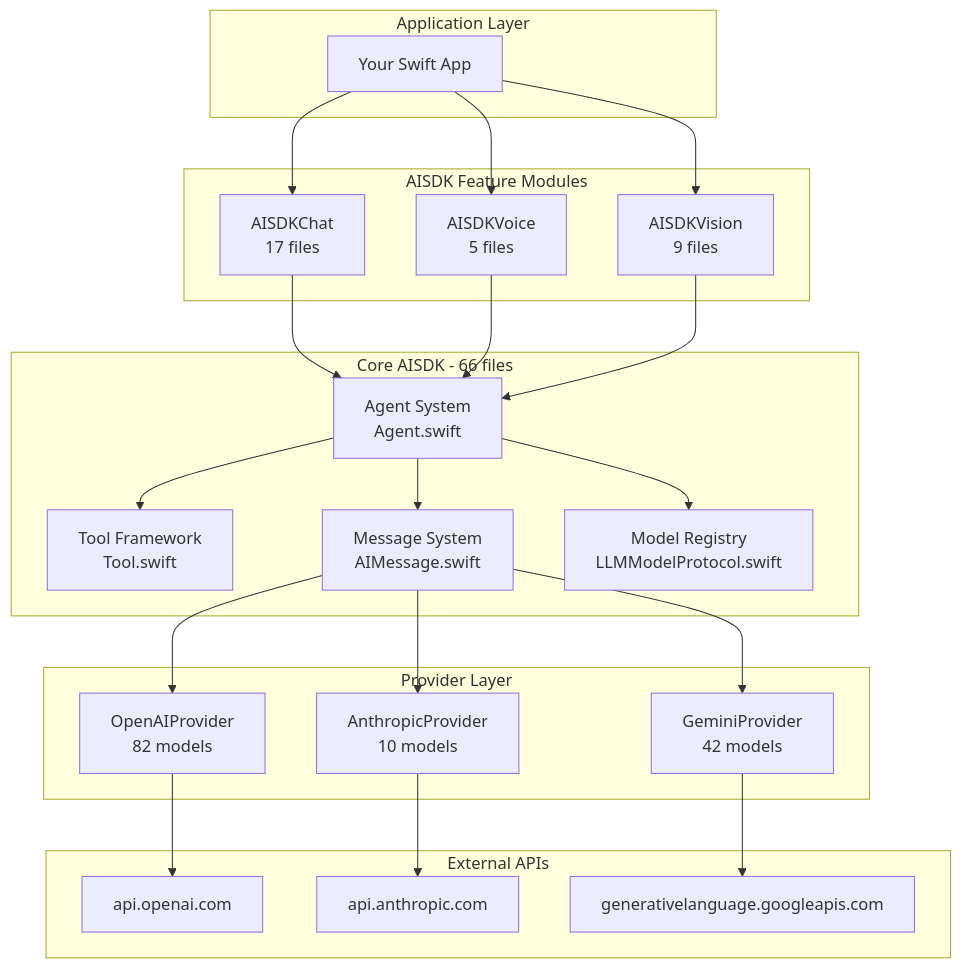
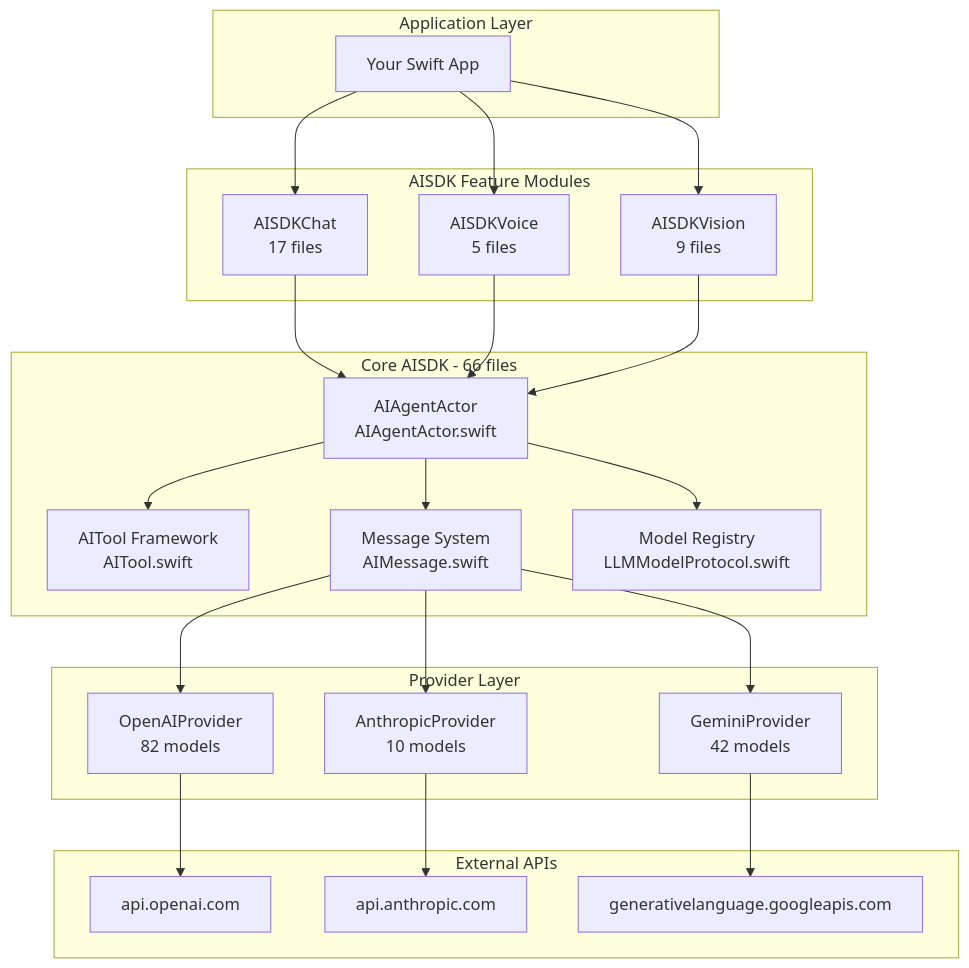
One commit to DanielhCarranza/AISDK changed the first of 7 diagrams in docs/AISDK-ARCHITECTURE.md. Above: the diagram before and after it, drawn with Mermaid. The commit also changed other lines of this file and 8 other files, not shown here.

````diff
--- a/docs/AISDK-ARCHITECTURE.md
+++ b/docs/AISDK-ARCHITECTURE.md
@@ -73,41 +73,41 @@
 ```mermaid
 graph TB
     subgraph "Application Layer"
         APP[Your Swift App]
     end
 
     subgraph "AISDK Feature Modules"
         CHAT[AISDKChat<br/>17 files]
         VOICE[AISDKVoice<br/>5 files]
         VISION[AISDKVision<br/>9 files]
     end
 
     subgraph "Core AISDK - 66 files"
-        AGENT[Agent System<br/>Agent.swift]
-        TOOLS[Tool Framework<br/>Tool.swift]
+        AGENT[AIAgentActor<br/>AIAgentActor.swift]
+        TOOLS[AITool Framework<br/>AITool.swift]
         MSG[Message System<br/>AIMessage.swift]
         MODELS[Model Registry<br/>LLMModelProtocol.swift]
     end
 
     subgraph "Provider Layer"
         OPENAI[OpenAIProvider<br/>82 models]
         ANTHROPIC[AnthropicProvider<br/>10 models]
         GEMINI[GeminiProvider<br/>42 models]
     end
 
     subgraph "External APIs"
         OAPI[api.openai.com]
         AAPI[api.anthropic.com]
         GAPI[generativelanguage.googleapis.com]
     end
 
     APP --> CHAT & VOICE & VISION
     CHAT & VOICE & VISION --> AGENT
     AGENT --> TOOLS
     AGENT --> MSG
     AGENT --> MODELS
     MSG --> OPENAI & ANTHROPIC & GEMINI
     OPENAI --> OAPI
     ANTHROPIC --> AAPI
     GEMINI --> GAPI
 ```
````
